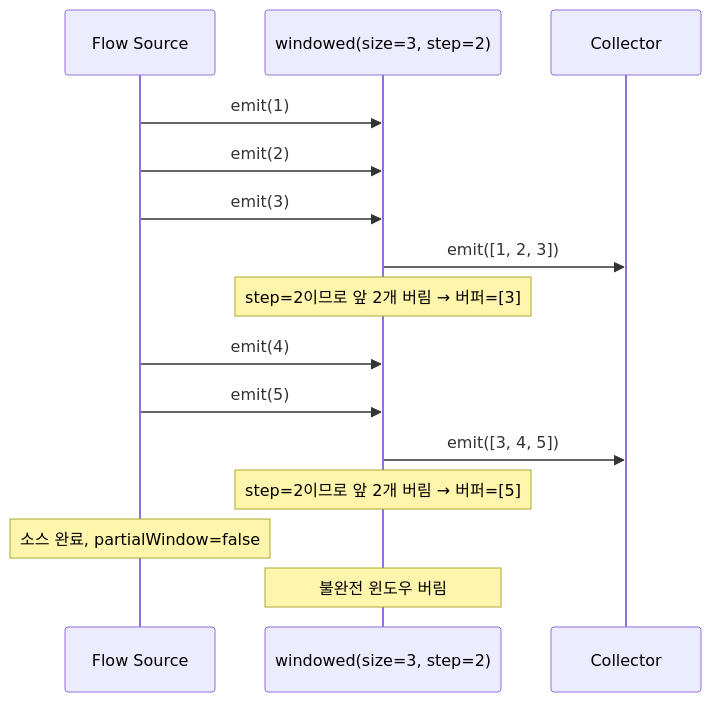
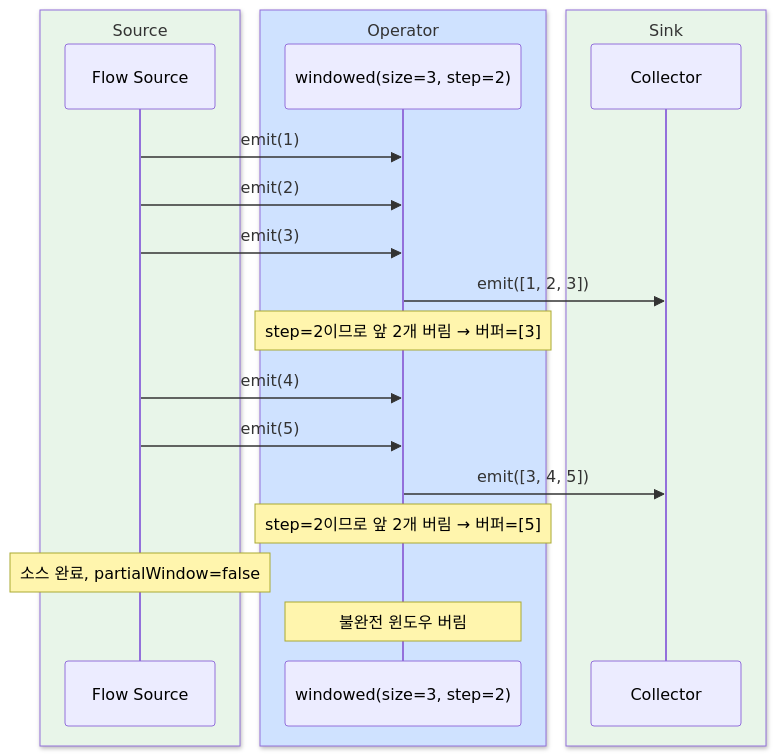
Before and after one commit to bluetape4k/bluetape4k-projects: the sixth of 16 diagrams in bluetape4k/coroutines/README.ko.md, drawn with Mermaid. The commit also changed other lines of this file and 221 other files, not shown here.

First line of the commit message:
docs: 전체 모듈 README UML 다이어그램 보강 및 색상 업그레이드

````diff
--- a/bluetape4k/coroutines/README.ko.md
+++ b/bluetape4k/coroutines/README.ko.md
@@ -358,17 +411,23 @@
 ```mermaid
 sequenceDiagram
-    participant S as Flow Source
-    participant W as windowed(size=3, step=2)
-    participant R as Collector
+    box rgb(232, 245, 233) Source
+        participant S as Flow Source
+    end
+    box rgb(207, 226, 255) Operator
+        participant W as windowed(size=3, step=2)
+    end
+    box rgb(232, 245, 233) Sink
+        participant R as Collector
+    end
     S ->> W: emit(1)
     S ->> W: emit(2)
     S ->> W: emit(3)
     W ->> R: emit([1, 2, 3])
     Note over W: step=2이므로 앞 2개 버림 → 버퍼=[3]
     S ->> W: emit(4)
     S ->> W: emit(5)
     W ->> R: emit([3, 4, 5])
     Note over W: step=2이므로 앞 2개 버림 → 버퍼=[5]
     Note over S: 소스 완료, partialWindow=false
     Note over W: 불완전 윈도우 버림
 ```
````
